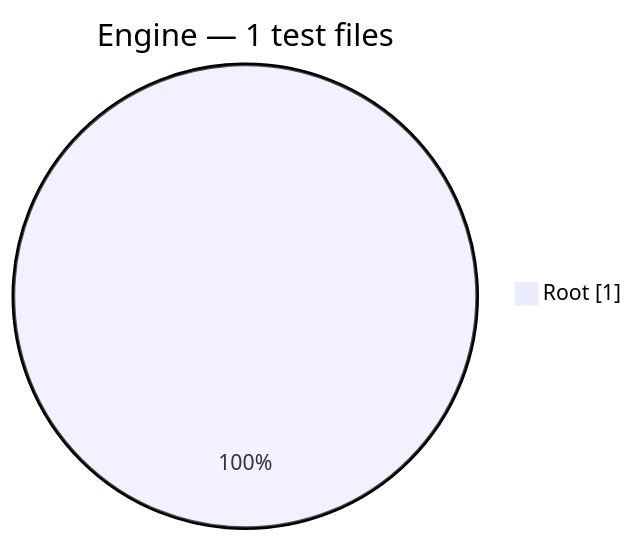
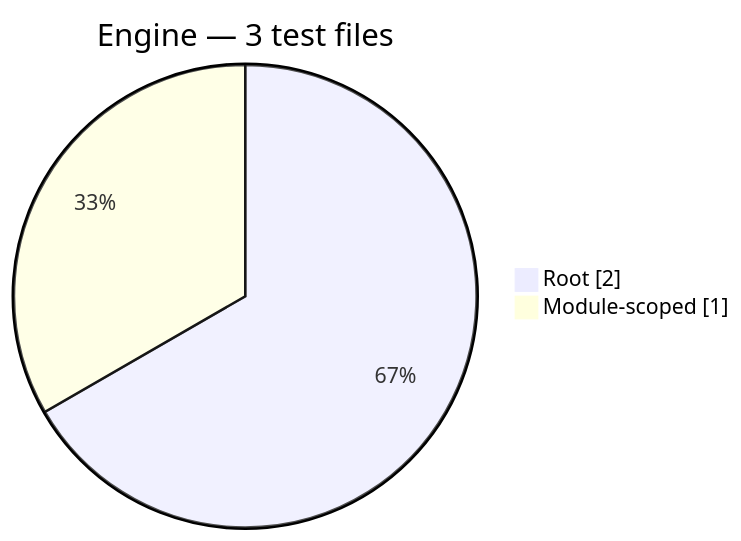
The seventh of 12 diagrams in docs/generated/test-composition.md (Mohammed-Alama/php-arazzo), drawn with Mermaid before and after one commit. The commit also changed other lines of this file and 18 other files, not shown here.

````diff
--- a/docs/generated/test-composition.md
+++ b/docs/generated/test-composition.md
@@ -94,5 +94,6 @@
 ```mermaid
 pie showData
-    title Engine — 1 test files
-    "Root": 1
+    title Engine — 3 test files
+    "Root": 2
+    "Module-scoped": 1
 ```
````
